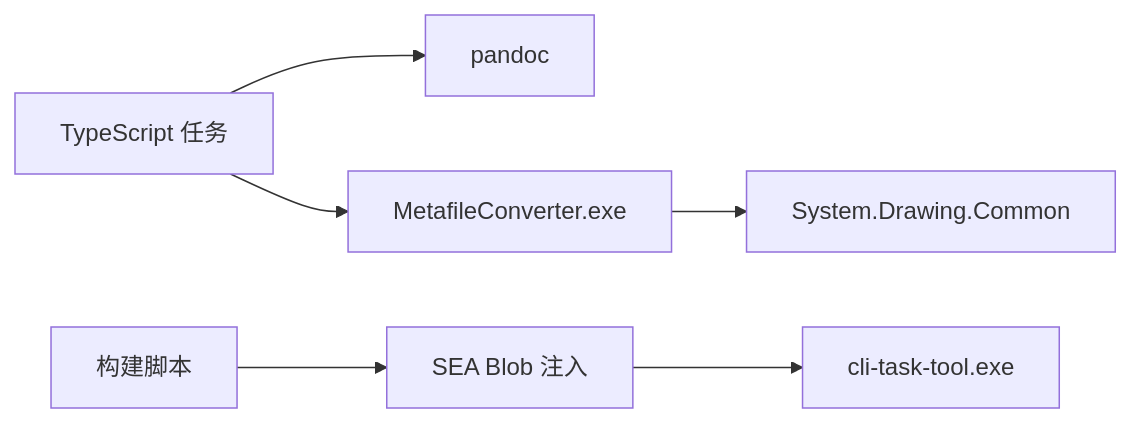
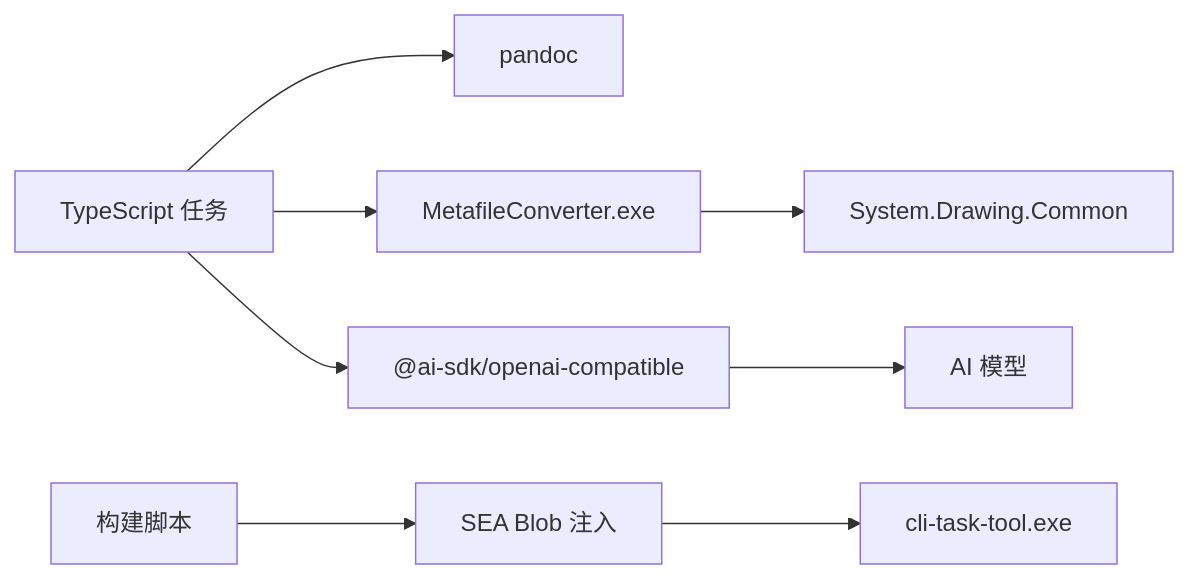
Before and after one commit to hllshiro/doc2md-cli: diagram 11 of 11 in .qoder/repowiki/zh/content/项目概述.md, drawn with Mermaid. The commit also changed other lines of this file and 13 other files, not shown here.

````diff
--- a/.qoder/repowiki/zh/content/项目概述.md
+++ b/.qoder/repowiki/zh/content/项目概述.md
@@ -406,8 +508,10 @@
 ```mermaid
 graph LR
 TS["TypeScript 任务"] --> PANDOC["pandoc"]
 TS --> EXE["MetafileConverter.exe"]
+TS --> AI["@ai-sdk/openai-compatible"]
+AI --> MODEL["AI 模型"]
 EXE --> NET["System.Drawing.Common"]
 BUILD["构建脚本"] --> SEA["SEA Blob 注入"]
 SEA --> OUT["cli-task-tool.exe"]
 ```
````
